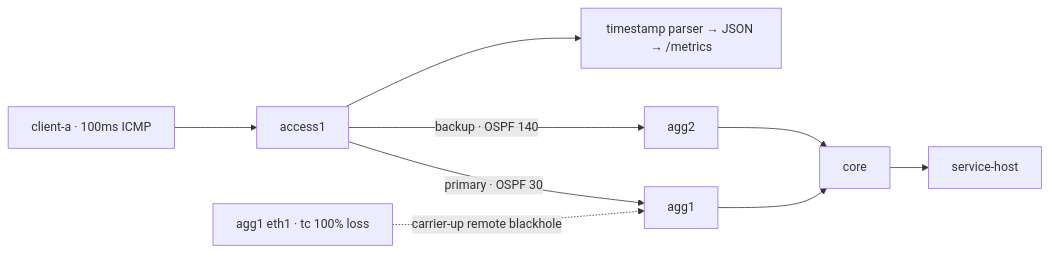
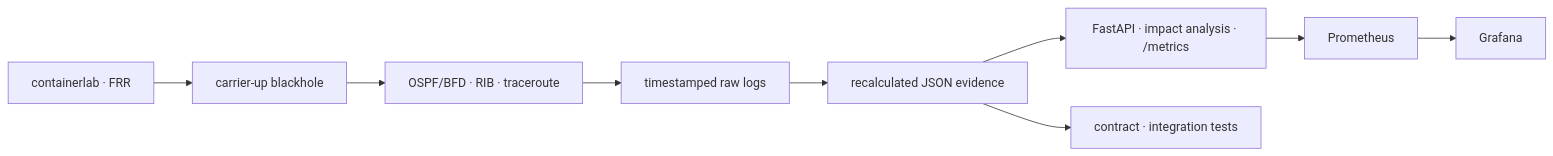
The diagram in README.md (teriyakki-jin/telconet-sentinel), drawn with Mermaid before and after one commit. The commit also changed other lines of this file, not shown here.

````diff
--- a/README.md
+++ b/README.md
@@ -82,11 +44,11 @@
 ```mermaid
 flowchart LR
-    PING["client-a · 100ms ICMP"] --> A1[access1]
-    A1 -->|"primary · OSPF 30"| G1[agg1]
-    A1 -->|"backup · OSPF 140"| G2[agg2]
-    G1 --> CORE[core]
-    G2 --> CORE
-    CORE --> SVC[service-host]
-    TC["agg1 eth1 · tc 100% loss"] -. "carrier-up remote blackhole" .-> G1
-    A1 --> OBS["timestamp parser → JSON → /metrics"]
+    LAB["containerlab · FRR"] --> FAULT["carrier-up blackhole"]
+    FAULT --> STATE["OSPF/BFD · RIB · traceroute"]
+    STATE --> RAW["timestamped raw logs"]
+    RAW --> JSON["recalculated JSON evidence"]
+    JSON --> API["FastAPI · impact analysis · /metrics"]
+    API --> PROM["Prometheus"]
+    PROM --> GRAFANA["Grafana"]
+    JSON --> TEST["contract · integration tests"]
 ```
````
